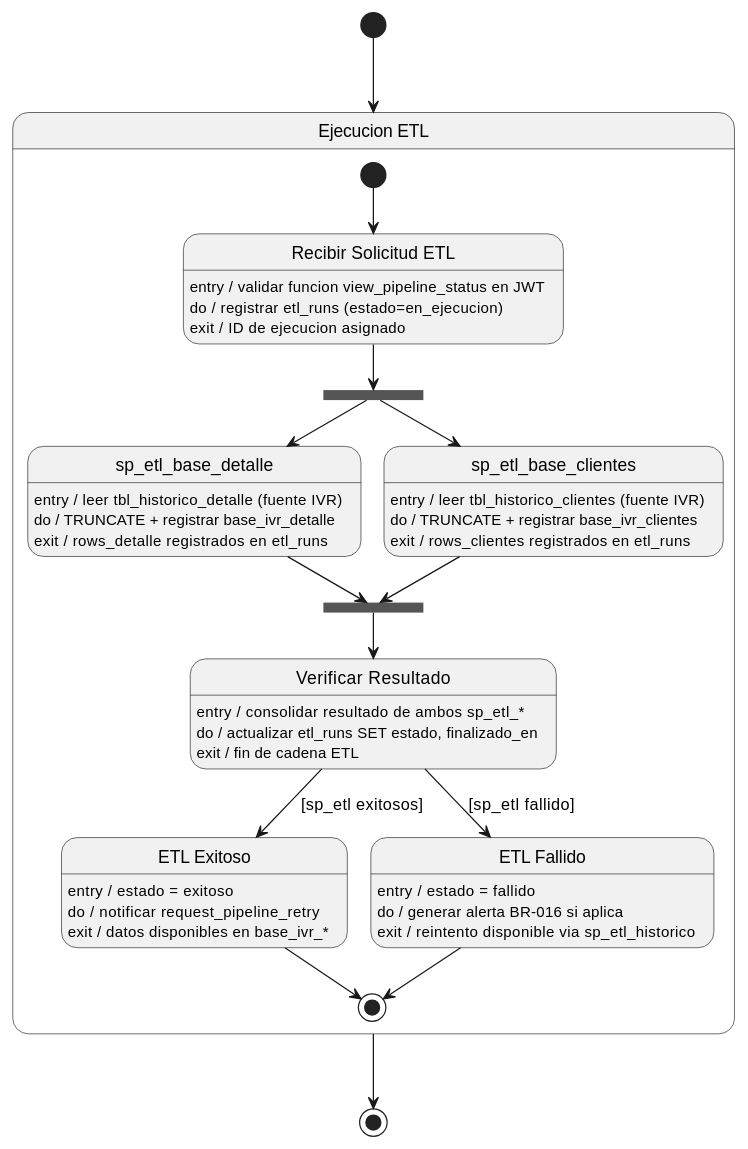
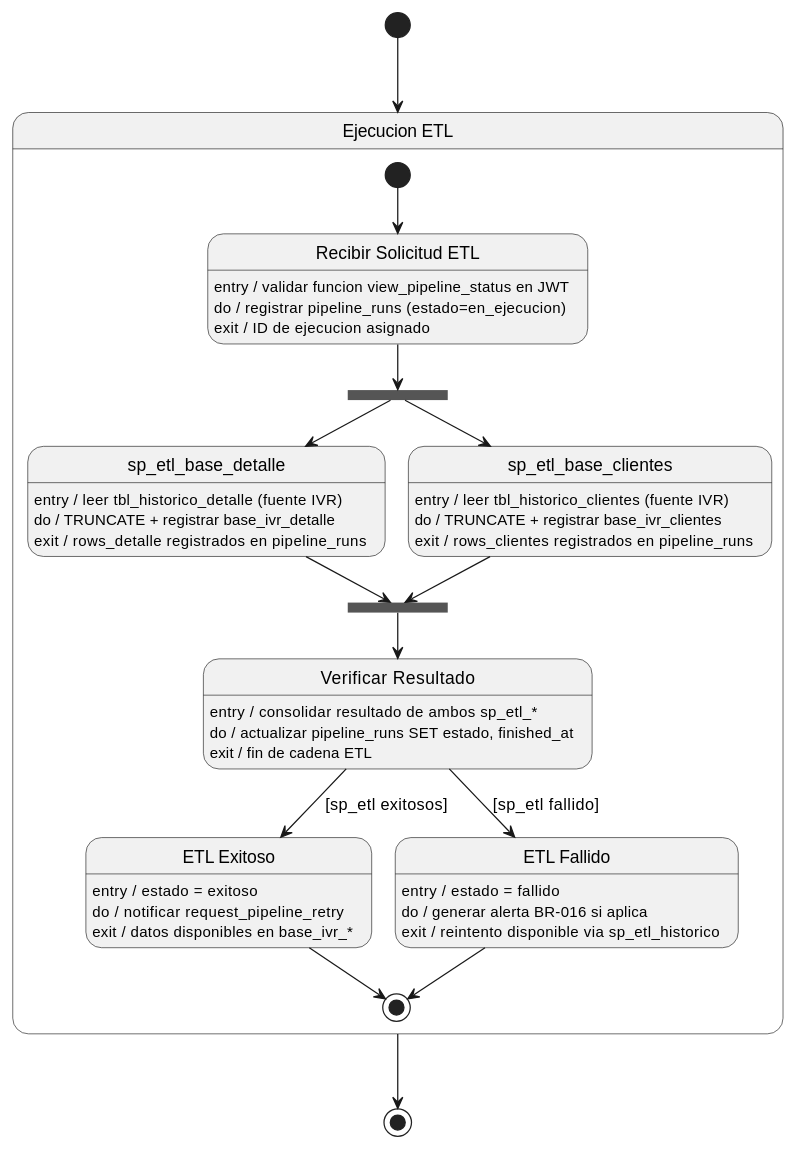
Before and after one commit to jcg-admin/IACT-docs: the diagram in source/arquitectura-tecnica/system-view/submaquina-etl.rst, drawn with PlantUML. The commit also changed other lines of this file and 96 other files, not shown here.

First line of the commit message:
Apply CNST-033: rename ETL→Pipeline in domain-model + sweep refs

```diff
--- a/source/arquitectura-tecnica/system-view/submaquina-etl.rst
+++ b/source/arquitectura-tecnica/system-view/submaquina-etl.rst
@@ -28,58 +28,58 @@
 .. uml::
  :caption: Figura 13 — Sub-maquina de estados: Ejecucion ETL
 
  @startuml
 
  state "Ejecucion ETL" as ARTEFACTO_ETL_EJECUCION {
 
    state "Recibir Solicitud ETL" as RECIBIR_SOLICITUD_ETL
    RECIBIR_SOLICITUD_ETL : entry / validar funcion view_pipeline_status en JWT
-   RECIBIR_SOLICITUD_ETL : do / registrar etl_runs (estado=en_ejecucion)
+   RECIBIR_SOLICITUD_ETL : do / registrar pipeline_runs (estado=en_ejecucion)
    RECIBIR_SOLICITUD_ETL : exit / ID de ejecucion asignado
 
    state fork_etl <<fork>>
 
    state "sp_etl_base_detalle" as SP_RPT_CENTROS_XSEGMENTO
    SP_RPT_CENTROS_XSEGMENTO : entry / leer tbl_historico_detalle (fuente IVR)
    SP_RPT_CENTROS_XSEGMENTO : do / TRUNCATE + registrar base_ivr_detalle
-   SP_RPT_CENTROS_XSEGMENTO : exit / rows_detalle registrados en etl_runs
+   SP_RPT_CENTROS_XSEGMENTO : exit / rows_detalle registrados en pipeline_runs
 
    state "sp_etl_base_clientes" as SP_RPT_LLAMADAS_ABANDONADAS
    SP_RPT_LLAMADAS_ABANDONADAS : entry / leer tbl_historico_clientes (fuente IVR)
    SP_RPT_LLAMADAS_ABANDONADAS : do / TRUNCATE + registrar base_ivr_clientes
-   SP_RPT_LLAMADAS_ABANDONADAS : exit / rows_clientes registrados en etl_runs
+   SP_RPT_LLAMADAS_ABANDONADAS : exit / rows_clientes registrados en pipeline_runs
 
    state join_etl <<join>>
 
    state "Verificar Resultado" as VERIFICAR_RESULTADO_ETL
    VERIFICAR_RESULTADO_ETL : entry / consolidar resultado de ambos sp_etl_*
-   VERIFICAR_RESULTADO_ETL : do / actualizar etl_runs SET estado, finalizado_en
+   VERIFICAR_RESULTADO_ETL : do / actualizar pipeline_runs SET estado, finished_at
    VERIFICAR_RESULTADO_ETL : exit / fin de cadena ETL
 
    state "ETL Exitoso" as ETL_EXITOSO
    ETL_EXITOSO : entry / estado = exitoso
    ETL_EXITOSO : do / notificar request_pipeline_retry
    ETL_EXITOSO : exit / datos disponibles en base_ivr_*
 
    state "ETL Fallido" as ETLFallido
    ETLFallido : entry / estado = fallido
    ETLFallido : do / generar alerta BR-016 si aplica
    ETLFallido : exit / reintento disponible via sp_etl_historico
 
    [*] --> RECIBIR_SOLICITUD_ETL
    RECIBIR_SOLICITUD_ETL --> fork_etl
    fork_etl --> SP_RPT_CENTROS_XSEGMENTO
    fork_etl --> SP_RPT_LLAMADAS_ABANDONADAS
    SP_RPT_CENTROS_XSEGMENTO --> join_etl
    SP_RPT_LLAMADAS_ABANDONADAS --> join_etl
    join_etl --> VERIFICAR_RESULTADO_ETL
    VERIFICAR_RESULTADO_ETL --> ETL_EXITOSO : [sp_etl exitosos]
    VERIFICAR_RESULTADO_ETL --> ETLFallido : [sp_etl fallido]
    ETL_EXITOSO --> [*]
    ETLFallido --> [*]
  }
 
  [*] --> ARTEFACTO_ETL_EJECUCION
  ARTEFACTO_ETL_EJECUCION --> [*]
 
  @enduml
```
